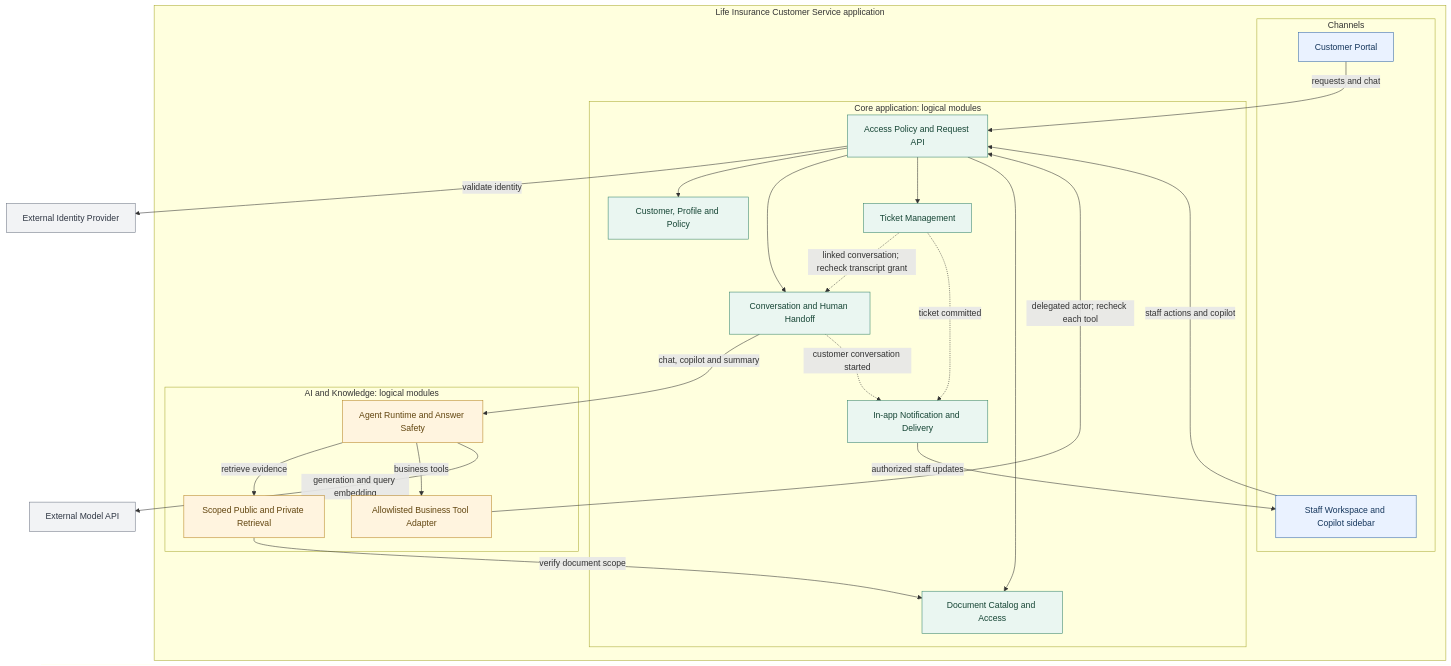
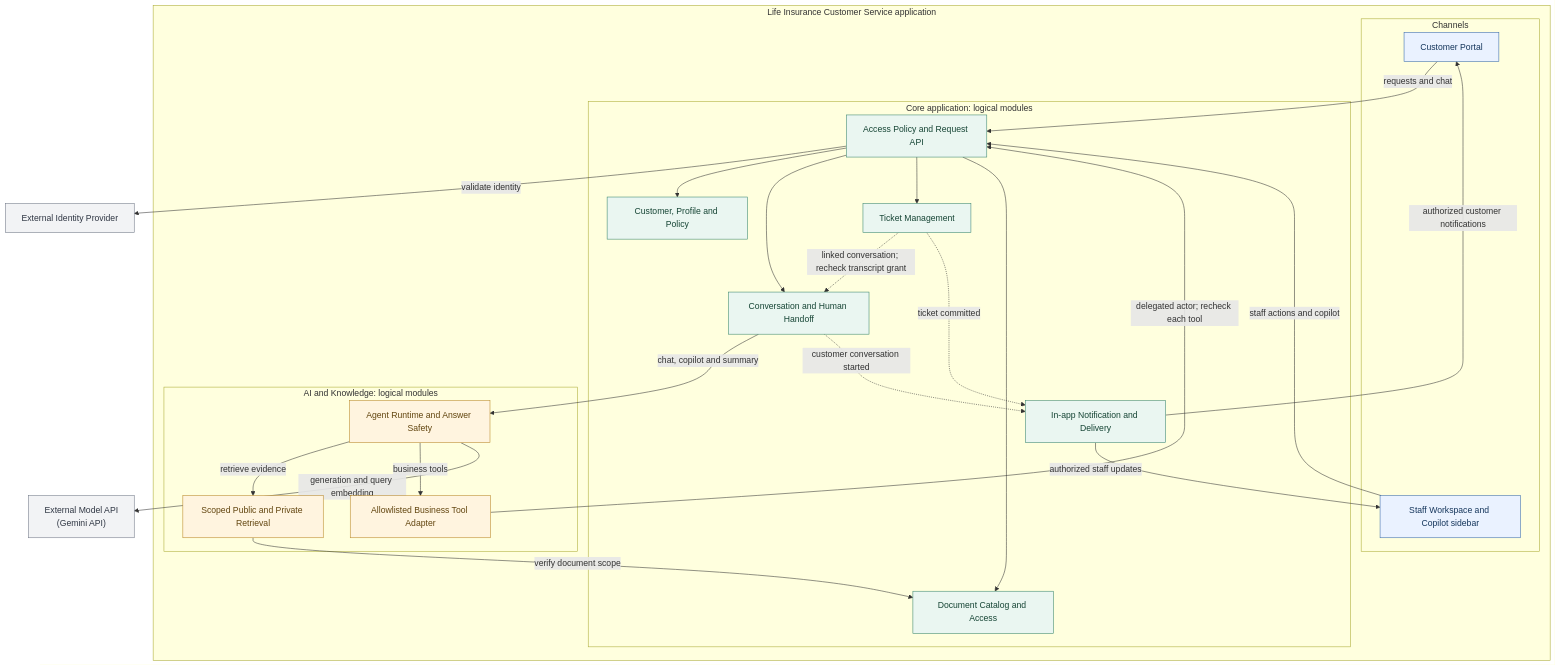
Before and after one commit to natuan05/LifeInsuranceAIAssistant: the diagram in docs/specifications/Application_Architecture.md, drawn with Mermaid. The commit also changed other lines of this file and 77 other files, not shown here.

````diff
--- a/docs/specifications/Application_Architecture.md
+++ b/docs/specifications/Application_Architecture.md
@@ -16,60 +15,61 @@
 ```mermaid
 flowchart TB
     subgraph SYS["Life Insurance Customer Service application"]
         subgraph UI["Channels"]
             P["Customer Portal"]
             S["Staff Workspace and Copilot sidebar"]
         end
         subgraph CORE["Core application: logical modules"]
             A["Access Policy and Request API"]
             C["Customer, Profile and Policy"]
             H["Conversation and Human Handoff"]
             T["Ticket Management"]
             D["Document Catalog and Access"]
             N["In-app Notification and Delivery"]
         end
         subgraph AK["AI and Knowledge: logical modules"]
             O["Agent Runtime and Answer Safety"]
             R["Scoped Public and Private Retrieval"]
             G["Allowlisted Business Tool Adapter"]
         end
     end
 
     ID["External Identity Provider"]
-    M["External Model API"]
+    M["External Model API<br/>(Gemini API)"]
 
     %% Channels to Core
     P -->|"requests and chat"| A
     S -->|"staff actions and copilot"| A
 
     %% Core Identity & Module routing
     A -->|"validate identity"| ID
     A --> C
     A --> H
     A --> T
     A --> D
 
     %% Core to AI & Knowledge
     H -->|"chat, copilot and summary"| O
     O -->|"retrieve evidence"| R
     O -->|"business tools"| G
     G -->|"delegated actor; recheck each tool"| A
     R -->|"verify document scope"| D
     O -->|"generation and query embedding"| M
 
     %% Internal Core Events
     T -.->|"linked conversation; recheck transcript grant"| H
     H -.->|"customer conversation started"| N
     T -.->|"ticket committed"| N
     N -->|"authorized staff updates"| S
+    N -->|"authorized customer notifications"| P
 
     %% Styling
     classDef channel fill:#EAF2FF,stroke:#3568A8,color:#15365C
     classDef core fill:#EAF6F1,stroke:#36846B,color:#164535
     classDef ai fill:#FFF4DF,stroke:#B88625,color:#62450F
     classDef external fill:#F2F3F5,stroke:#707786,color:#303744
     class P,S channel
     class A,C,H,T,D,N core
     class O,R,G ai
     class ID,M external
 ```
````
